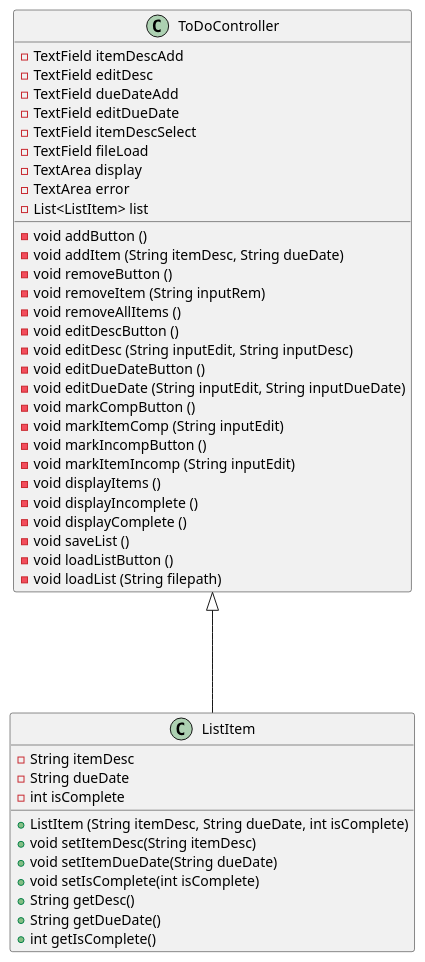
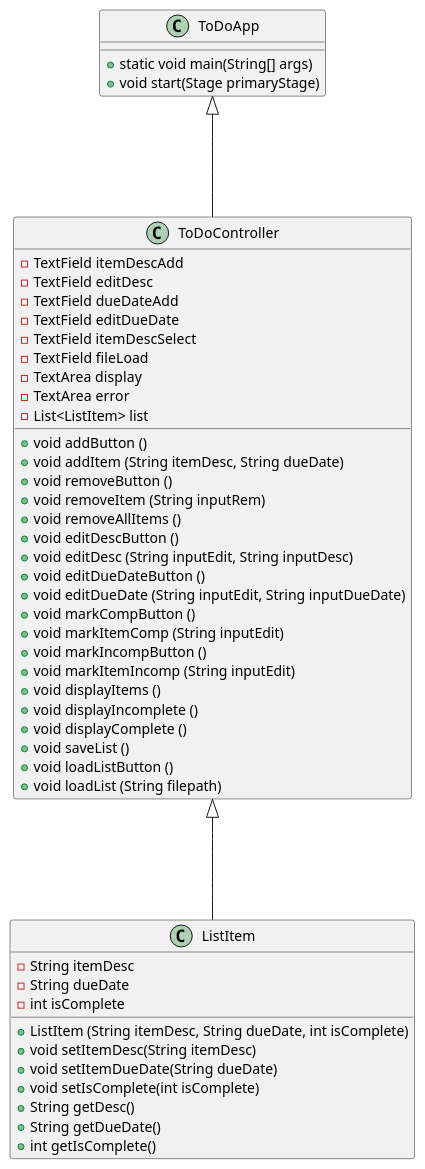
Before and after one commit to rebeccapinap/To-Do-List-App: the diagram in uml/ToDoListDiagram.puml, drawn with PlantUML. The commit also changed 3 other files, not shown here.

```diff
--- a/uml/ToDoListDiagram.puml
+++ b/uml/ToDoListDiagram.puml
@@ -1,52 +1,58 @@
 @startuml
 'https://plantuml.com/sequence-diagram
+
+class ToDoApp
+{
+    + static void main(String[] args)
+    + void start(Stage primaryStage)
+}
 
 class ToDoController
 {
     - TextField itemDescAdd
     - TextField editDesc
     - TextField dueDateAdd
     - TextField editDueDate
     - TextField itemDescSelect
     - TextField fileLoad
     - TextArea display
     - TextArea error
     - List<ListItem> list
-    - void addButton ()
-    - void addItem (String itemDesc, String dueDate)
-    - void removeButton ()
-    - void removeItem (String inputRem)
-    - void removeAllItems ()
-    - void editDescButton ()
-    - void editDesc (String inputEdit, String inputDesc)
-    - void editDueDateButton ()
-    - void editDueDate (String inputEdit, String inputDueDate)
-    - void markCompButton ()
-    - void markItemComp (String inputEdit)
-    - void markIncompButton ()
-    - void markItemIncomp (String inputEdit)
-    - void displayItems ()
-    - void displayIncomplete ()
-    - void displayComplete ()
-    - void saveList ()
-    - void loadListButton ()
-    - void loadList (String filepath)
+    + void addButton ()
+    + void addItem (String itemDesc, String dueDate)
+    + void removeButton ()
+    + void removeItem (String inputRem)
+    + void removeAllItems ()
+    + void editDescButton ()
+    + void editDesc (String inputEdit, String inputDesc)
+    + void editDueDateButton ()
+    + void editDueDate (String inputEdit, String inputDueDate)
+    + void markCompButton ()
+    + void markItemComp (String inputEdit)
+    + void markIncompButton ()
+    + void markItemIncomp (String inputEdit)
+    + void displayItems ()
+    + void displayIncomplete ()
+    + void displayComplete ()
+    + void saveList ()
+    + void loadListButton ()
+    + void loadList (String filepath)
 }
 
 class ListItem
 {
     - String itemDesc
     - String dueDate
     - int isComplete
     + ListItem (String itemDesc, String dueDate, int isComplete)
     + void setItemDesc(String itemDesc)
     + void setItemDueDate(String dueDate)
     + void setIsComplete(int isComplete)
     + String getDesc()
     + String getDueDate()
     + int getIsComplete()
 }
-
+ToDoApp <|--- ToDoController
 ToDoController <|--- ListItem
 
 @enduml
```
